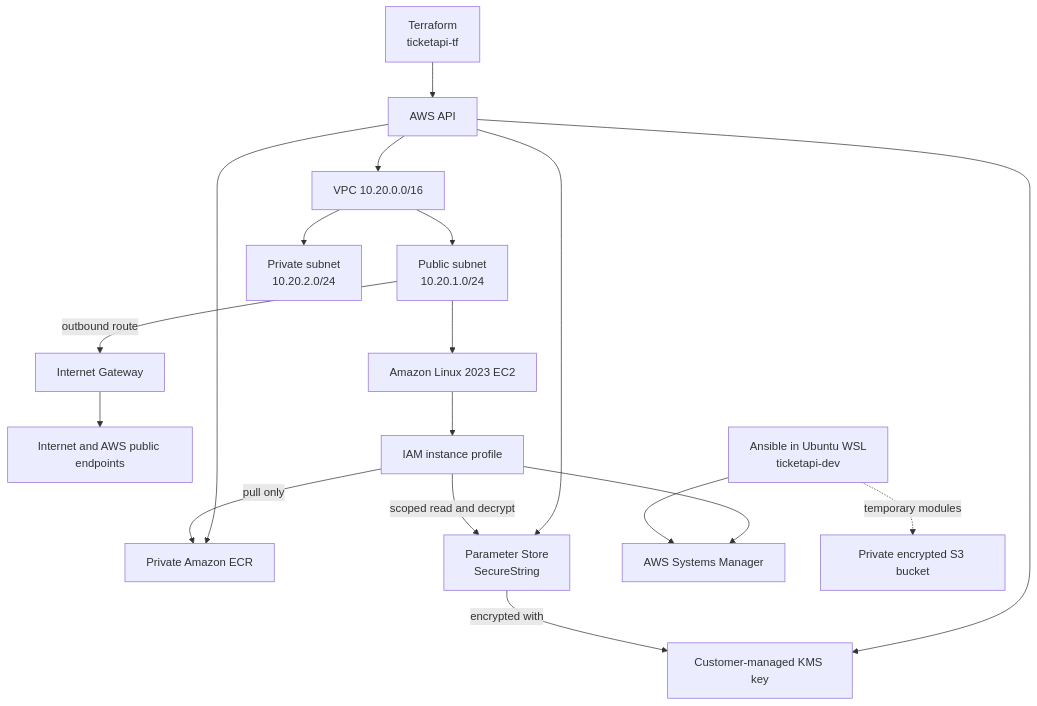
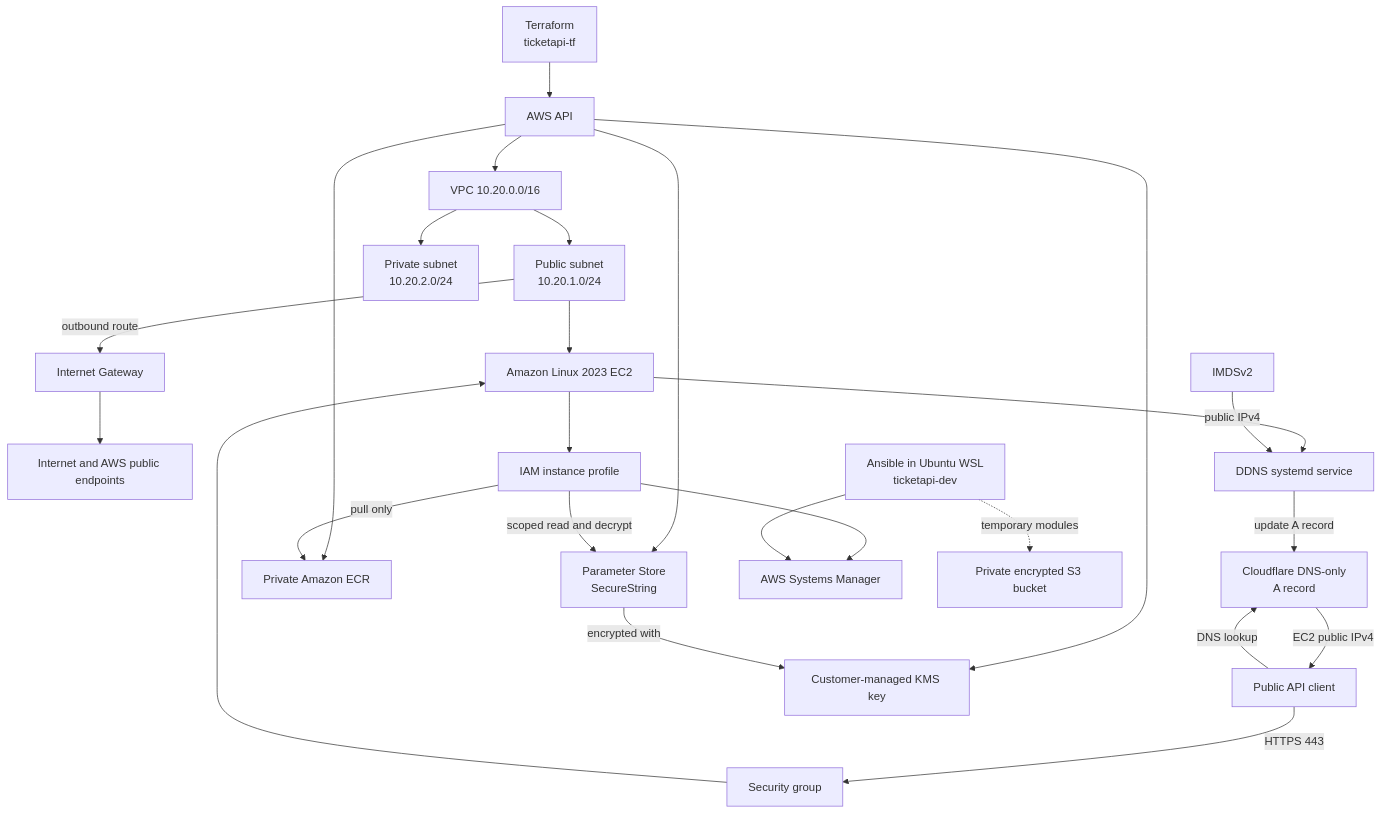
The fourth of 5 diagrams in docs/architecture.md (Orlando-Alvarez/Ticket-API), drawn with Mermaid before and after one commit. The commit also changed other lines of this file and 8 other files, not shown here.

Commit message:
docs(aws): document public HTTPS and dynamic DNS

````diff
--- a/docs/architecture.md
+++ b/docs/architecture.md
@@ -179,20 +180,27 @@
 ```mermaid
 flowchart TB
     Terraform[Terraform<br/>ticketapi-tf] --> AWS[AWS API]
     AWS --> VPC[VPC 10.20.0.0/16]
     VPC --> Public[Public subnet<br/>10.20.1.0/24]
     VPC --> Private[Private subnet<br/>10.20.2.0/24]
     Public -->|outbound route| IGW[Internet Gateway]
     IGW --> Internet[Internet and AWS public endpoints]
     Public --> EC2[Amazon Linux 2023 EC2]
+    Client[Public API client] -->|DNS lookup| Cloudflare[Cloudflare DNS-only<br/>A record]
+    Cloudflare -->|EC2 public IPv4| Client
+    Client -->|HTTPS 443| SG[Security group]
+    SG --> EC2
     AWS --> ECR[Private Amazon ECR]
     AWS --> Parameters[Parameter Store<br/>SecureString]
     AWS --> KMS[Customer-managed KMS key]
     Parameters -->|encrypted with| KMS
     EC2 --> Profile[IAM instance profile]
     Profile --> SSM[AWS Systems Manager]
     Profile -->|pull only| ECR
     Profile -->|scoped read and decrypt| Parameters
     Ansible[Ansible in Ubuntu WSL<br/>ticketapi-dev] --> SSM
     Ansible -. temporary modules .-> S3[Private encrypted S3 bucket]
+    EC2 --> DDNS[DDNS systemd service]
+    IMDS[IMDSv2] -->|public IPv4| DDNS
+    DDNS -->|update A record| Cloudflare
 ```
````
